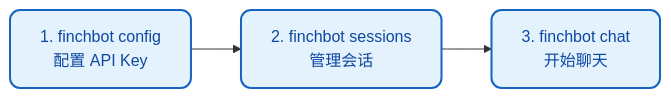
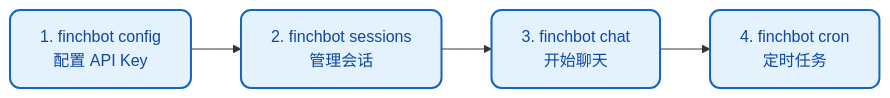
The first of 2 diagrams in docs/zh-CN/guide/usage.md (xt765/FinchBot), drawn with Mermaid before and after one commit. The commit also changed other lines of this file and 14 other files, not shown here.

````diff
--- a/docs/zh-CN/guide/usage.md
+++ b/docs/zh-CN/guide/usage.md
@@ -20,7 +23,8 @@
 ```mermaid
 flowchart LR
     classDef step fill:#e3f2fd,stroke:#1565c0,stroke-width:2px,color:#0d47a1,rx:10,ry:10;
 
     A["1. finchbot config<br/>配置 API Key"]:::step --> B["2. finchbot sessions<br/>管理会话"]:::step
     B --> C["3. finchbot chat<br/>开始聊天"]:::step
+    C --> D["4. finchbot cron<br/>定时任务"]:::step
 ```
````
